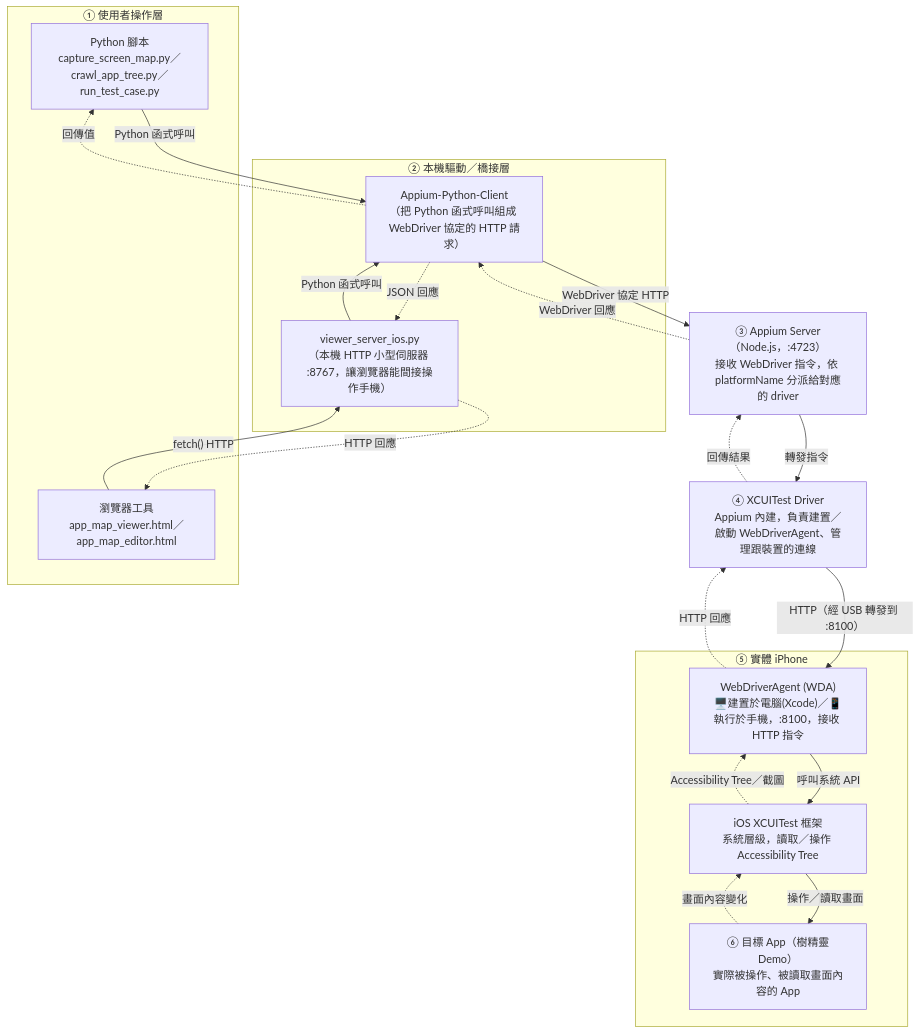
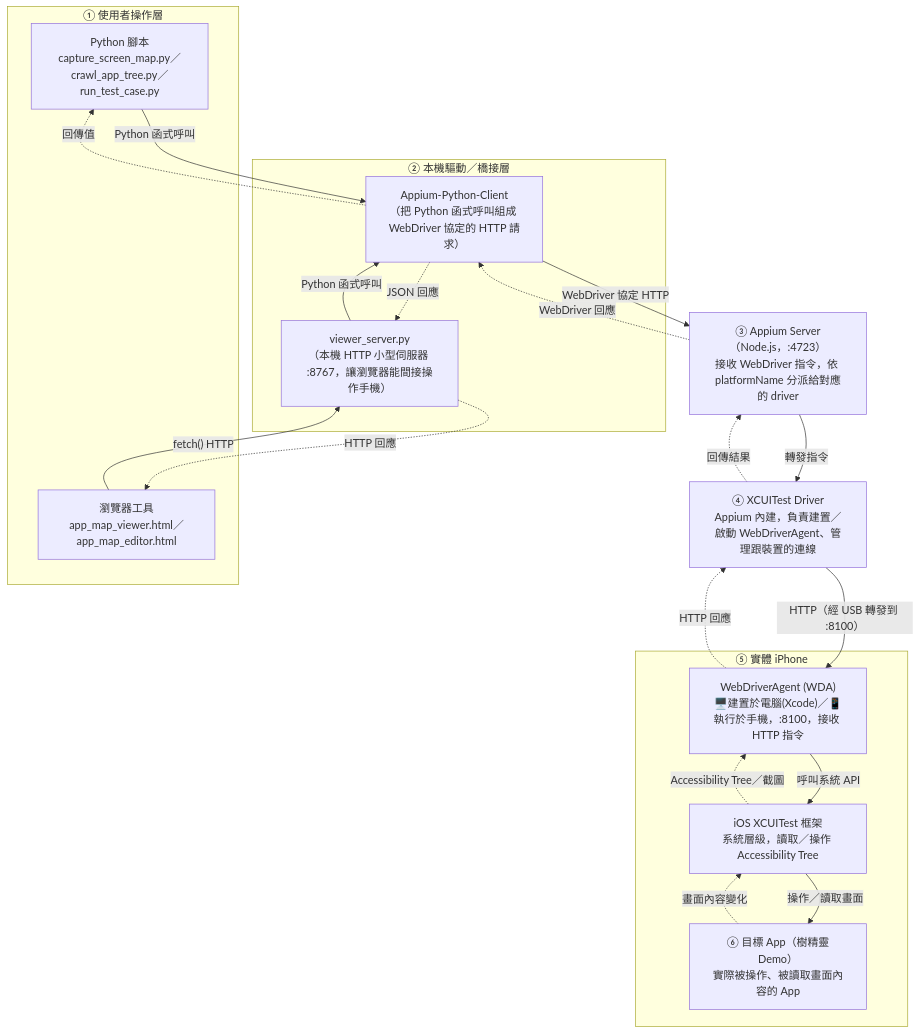
Before and after one commit to bblack1225/ai-in-test: the second of 3 diagrams in docs/AUTOMATION_ARCHITECTURE_FLOW.md, drawn with Mermaid. The commit also changed other lines of this file and 8 other files, not shown here.

First line of the commit message:
viewer_server 合併 iOS/Android 兩支為一支，用 --platform 指定平台

````diff
--- a/docs/AUTOMATION_ARCHITECTURE_FLOW.md
+++ b/docs/AUTOMATION_ARCHITECTURE_FLOW.md
@@ -37,40 +37,40 @@
 ```mermaid
 flowchart TD
     subgraph L1["① 使用者操作層"]
         A1["Python 腳本<br/>capture_screen_map.py／crawl_app_tree.py／run_test_case.py"]
         A2["瀏覽器工具<br/>app_map_viewer.html／app_map_editor.html"]
     end
 
     subgraph L2["② 本機驅動／橋接層"]
         B1["Appium-Python-Client<br/>（把 Python 函式呼叫組成 WebDriver 協定的 HTTP 請求）"]
-        B2["viewer_server_ios.py<br/>（本機 HTTP 小型伺服器 :8767，讓瀏覽器能間接操作手機）"]
+        B2["viewer_server.py<br/>（本機 HTTP 小型伺服器 :8767，讓瀏覽器能間接操作手機）"]
     end
 
     C["③ Appium Server（Node.js，:4723）<br/>接收 WebDriver 指令，依 platformName 分派給對應的 driver"]
 
     D["④ XCUITest Driver<br/>Appium 內建，負責建置／啟動 WebDriverAgent、管理跟裝置的連線"]
 
     subgraph L3["⑤ 實體 iPhone"]
         E["WebDriverAgent (WDA)<br/>🖥️建置於電腦(Xcode)／📱執行於手機，:8100，接收 HTTP 指令"]
         F["iOS XCUITest 框架<br/>系統層級，讀取／操作 Accessibility Tree"]
         G["⑥ 目標 App（樹精靈Demo）<br/>實際被操作、被讀取畫面內容的 App"]
     end
 
     A1 -->|"Python 函式呼叫"| B1
     A2 -->|"fetch() HTTP"| B2
     B2 -->|"Python 函式呼叫"| B1
     B1 -->|"WebDriver 協定 HTTP"| C
     C -->|"轉發指令"| D
     D -->|"HTTP（經 USB 轉發到 :8100）"| E
     E -->|"呼叫系統 API"| F
     F -->|"操作／讀取畫面"| G
 
     G -.->|"畫面內容變化"| F
     F -.->|"Accessibility Tree／截圖"| E
     E -.->|"HTTP 回應"| D
     D -.->|"回傳結果"| C
     C -.->|"WebDriver 回應"| B1
     B1 -.->|"回傳值"| A1
     B1 -.->|"JSON 回應"| B2
     B2 -.->|"HTTP 回應"| A2
 ```
````
